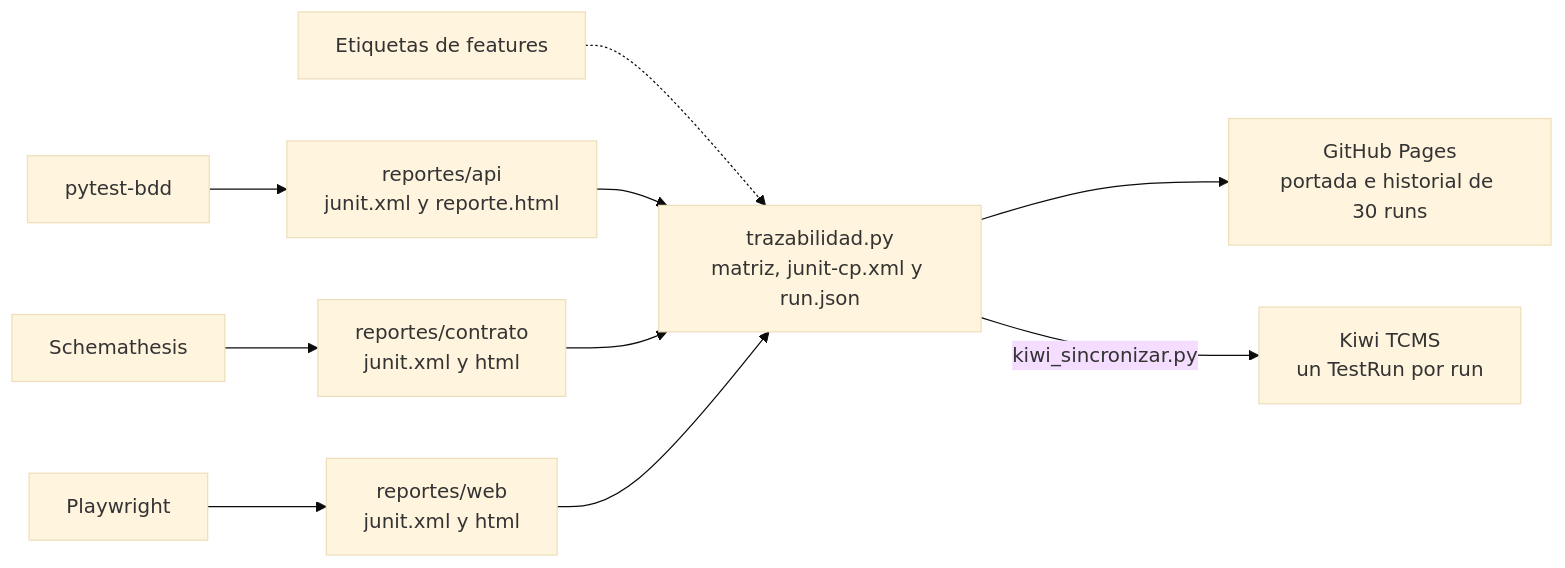
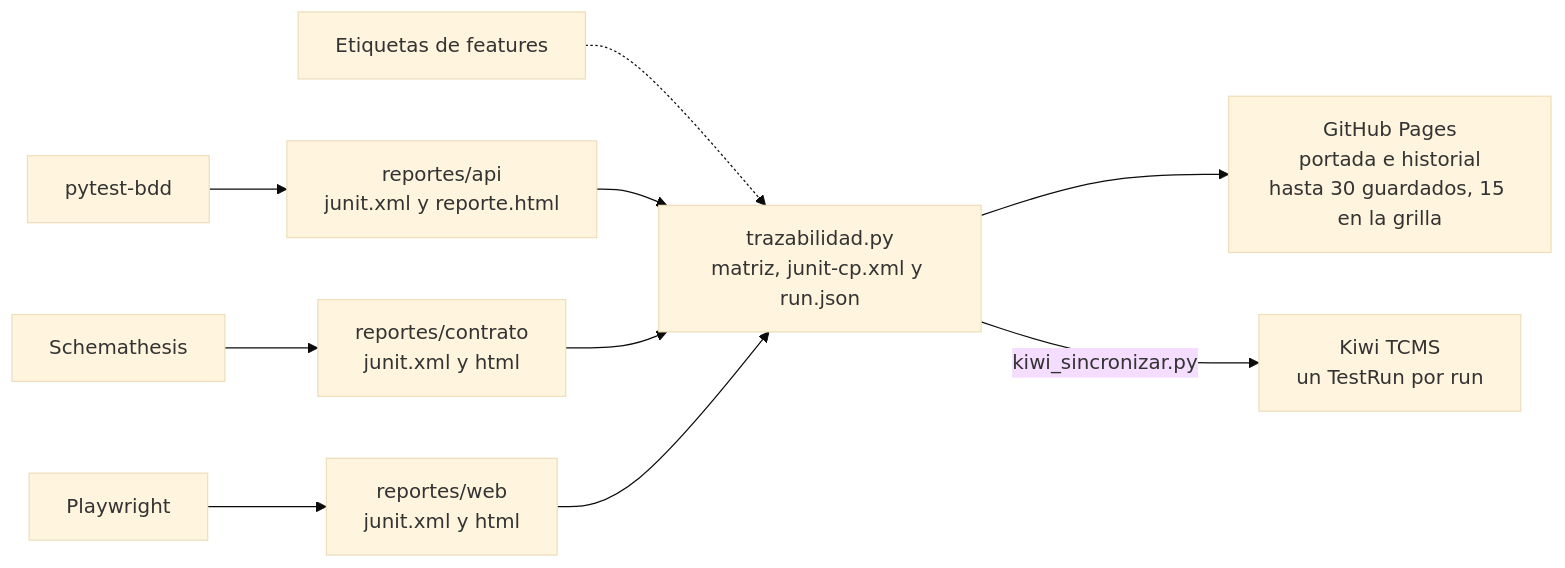
Before and after one commit to Joharjbe/qolqe-wallet: the second of 4 diagrams in docs/arquitectura.md, drawn with Mermaid (base theme). The commit also changed other lines of this file and 64 other files, not shown here.

````diff
--- a/docs/arquitectura.md
+++ b/docs/arquitectura.md
@@ -113,12 +117,12 @@
 ```mermaid
 flowchart LR
   PB["pytest-bdd"] --> JA["reportes/api<br/>junit.xml y reporte.html"]
   ST["Schemathesis"] --> JC["reportes/contrato<br/>junit.xml y html"]
   PW["Playwright"] --> JW["reportes/web<br/>junit.xml y html"]
   ET["Etiquetas de features"] -.-> TR
   JA --> TR["trazabilidad.py<br/>matriz, junit-cp.xml y run.json"]
   JC --> TR
   JW --> TR
-  TR --> PG["GitHub Pages<br/>portada e historial de 30 runs"]
+  TR --> PG["GitHub Pages<br/>portada e historial<br/>hasta 30 guardados, 15 en la grilla"]
   TR -- kiwi_sincronizar.py --> KW["Kiwi TCMS<br/>un TestRun por run"]
 ```
````
